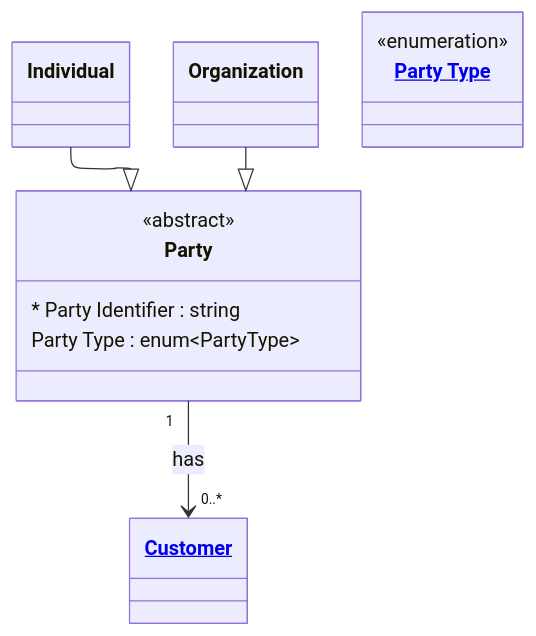
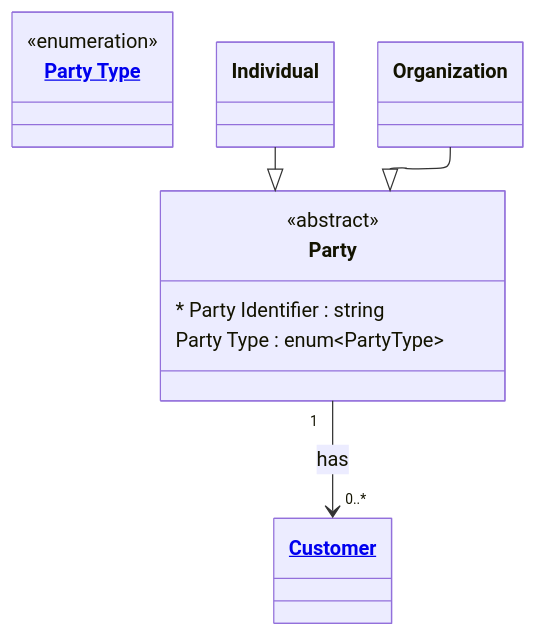
The diagram in examples/Telecom/entities/party.md (Semprini/md-ddl), drawn with Mermaid before and after one commit. The commit also changed other lines of this file and 14 other files, not shown here.

````diff
--- a/examples/Telecom/entities/party.md
+++ b/examples/Telecom/entities/party.md
@@ -11,23 +11,24 @@
 ```mermaid
 ---
 config:
   layout: elk
 ---
 classDiagram
   class Party{
     <<abstract>>
     * Party Identifier : string
     Party Type : enum~PartyType~
   }
 
+  class PartyType["<a href='../enums.md#party-type'>Party Type</a>"]{<<enumeration>>}
+
   class Individual
   class Organization
 
   Individual --|> Party
   Organization --|> Party
 
   Party "1" --> "0..*" Customer : has
 
-  class PartyType["<a href='../enums.md'>Party Type</a>"]{<<enumeration>>}
   class Customer["<a href='customer.md'>Customer</a>"]
 ```
````
